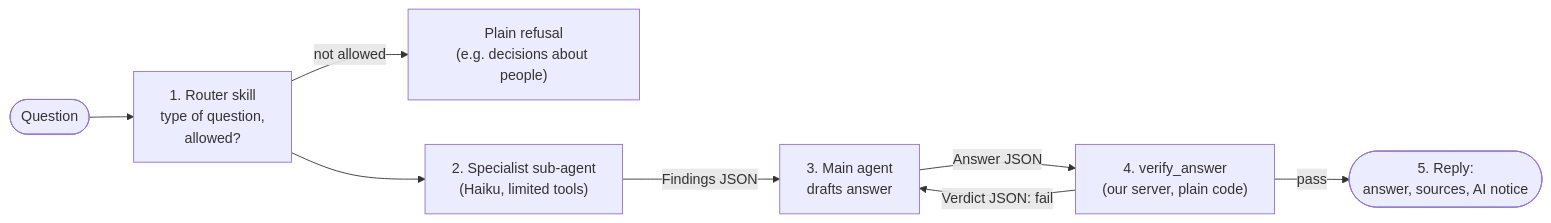
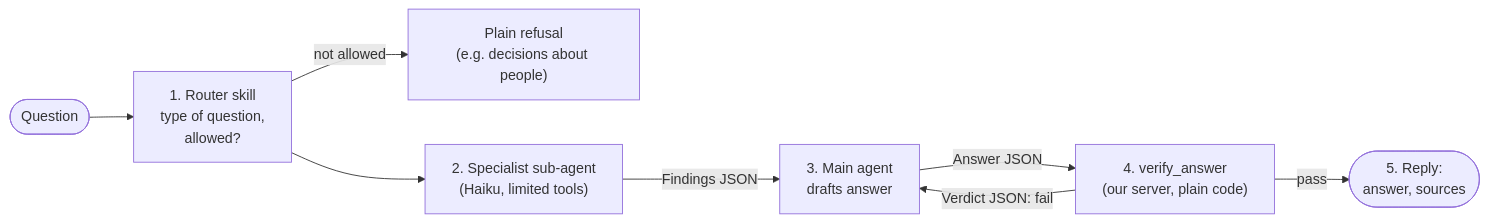
One commit to florinmarcus/builders_lab changed the first of 2 diagrams in architecture/design/agent-contracts.md. Above: the diagram before and after it, drawn with Mermaid. The commit also changed other lines of this file and 24 other files, not shown here.

First line of the commit message:
Remove the AI notice from answers (Florin's request): tool results, verify_answer (contract v4), server instructions v4, plugin rules, workflow, translator, app instructions; parked for EU use

````diff
--- a/architecture/design/agent-contracts.md
+++ b/architecture/design/agent-contracts.md
@@ -10,10 +10,10 @@
 ```mermaid
 flowchart LR
     q(["Question"]) --> router["1. Router skill<br/>type of question,<br/>allowed?"]
     router -->|"not allowed"| refuse["Plain refusal<br/>(e.g. decisions about people)"]
     router --> spec["2. Specialist sub-agent<br/>(Haiku, limited tools)"]
     spec -->|"Findings JSON"| draft["3. Main agent<br/>drafts answer"]
     draft -->|"Answer JSON"| verify["4. verify_answer<br/>(our server, plain code)"]
     verify -->|"Verdict JSON: fail"| draft
-    verify -->|"pass"| reply(["5. Reply:<br/>answer, sources, AI notice"])
+    verify -->|"pass"| reply(["5. Reply:<br/>answer, sources"])
 ```
````
